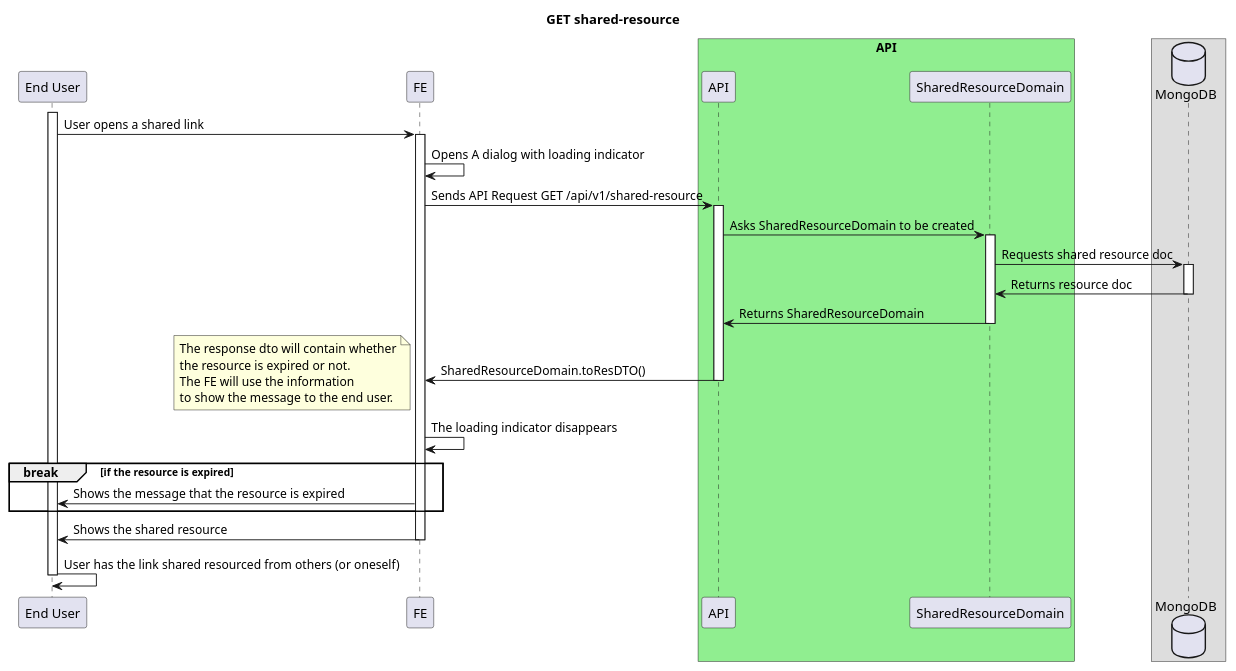
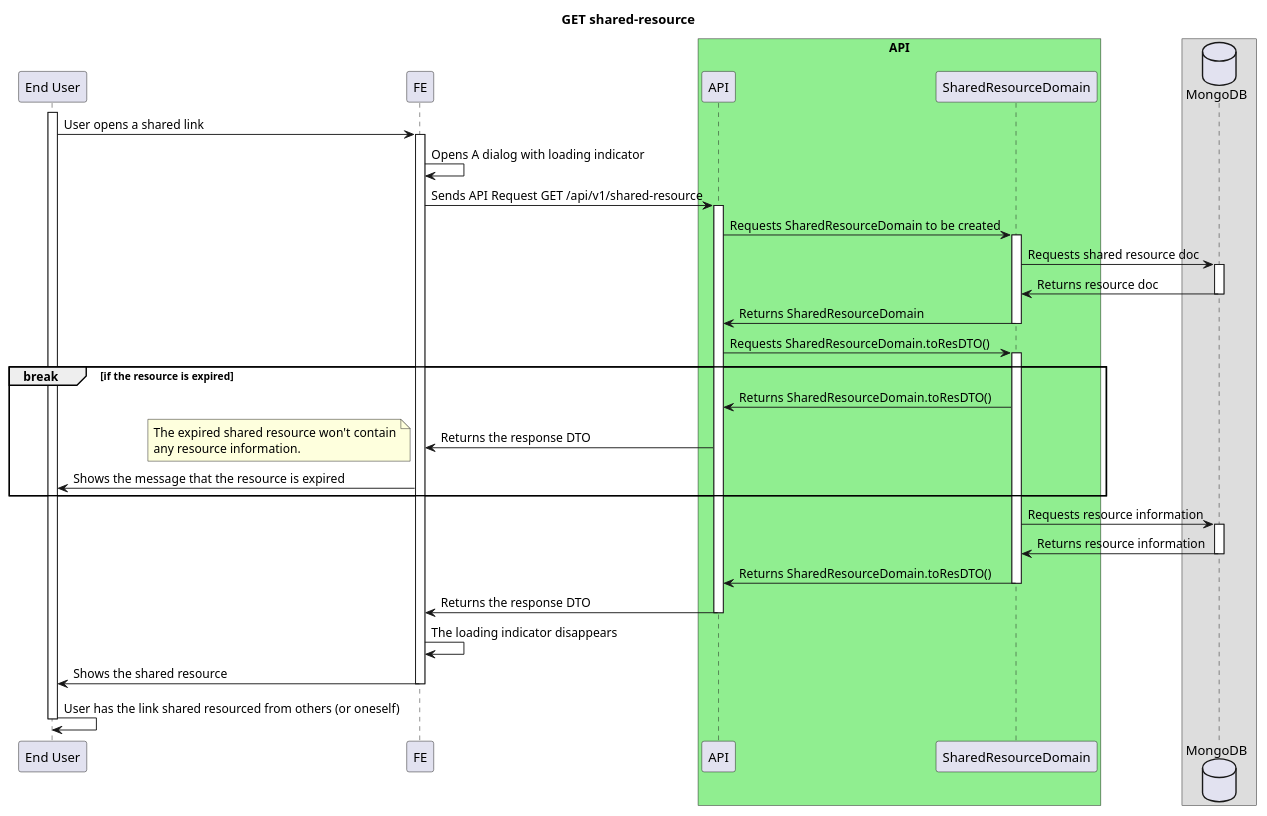
Before and after one commit to ajktown/docs: the second of 2 diagrams in api/share-feature.md, drawn with PlantUML. The commit also changed other lines of this file, not shown here.

Commit message:
doc: get shared resoure

````diff
--- a/api/share-feature.md
+++ b/api/share-feature.md
@@ -91,47 +91,55 @@
 ```plantuml
 
 @startuml
 
 title GET shared-resource
 
 participant "End User" as user
 participant "FE" as fe
 box "API" #Lightgreen
   participant "API" as api
   participant "SharedResourceDomain" as domain
 box
 database "MongoDB" as db
 
 activate user
   user -> fe: User opens a shared link
   activate fe
     fe -> fe: Opens A dialog with loading indicator
     fe -> api: Sends API Request GET /api/v1/shared-resource
     activate api
-      api -> domain: Asks SharedResourceDomain to be created
+      api -> domain: Requests SharedResourceDomain to be created
       activate domain
         domain -> db: Requests shared resource doc
         activate db
           domain <- db: Returns resource doc
         deactivate db
         api <- domain: Returns SharedResourceDomain
         deactivate domain
-        fe <- api: SharedResourceDomain.toResDTO()
-        note left
-          The response dto will contain whether
-          the resource is expired or not.
-          The FE will use the information
-          to show the message to the end user.
-        end note
+        api -> domain: Requests SharedResourceDomain.toResDTO()
+          activate domain
+            break if the resource is expired
+              api <- domain: Returns SharedResourceDomain.toResDTO()
+              fe <- api: Returns the response DTO
+              note left
+                The expired shared resource won't contain
+                any resource information.
+              end note
+              user <- fe : Shows the message that the resource is expired
+            end break
+            domain -> db: Requests resource information
+            activate db
+              domain <- db: Returns resource information
+            deactivate db
+            api <- domain: Returns SharedResourceDomain.toResDTO()
+          deactivate domain
+        fe <- api: Returns the response DTO
     deactivate api
   fe -> fe: The loading indicator disappears
-  break if the resource is expired
-    user <- fe : Shows the message that the resource is expired
-  end break
   user <- fe: Shows the shared resource
   deactivate fe
   user -> user: User has the link shared resourced from others (or oneself)
 deactivate user
 
 
 ```
````
